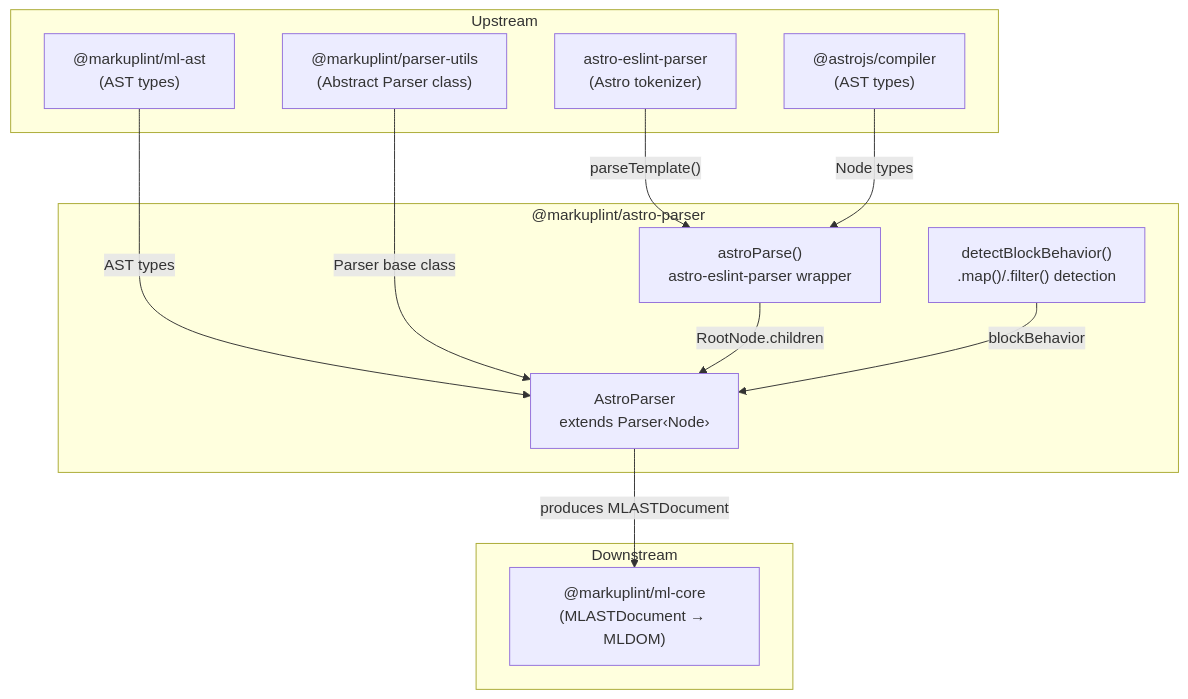
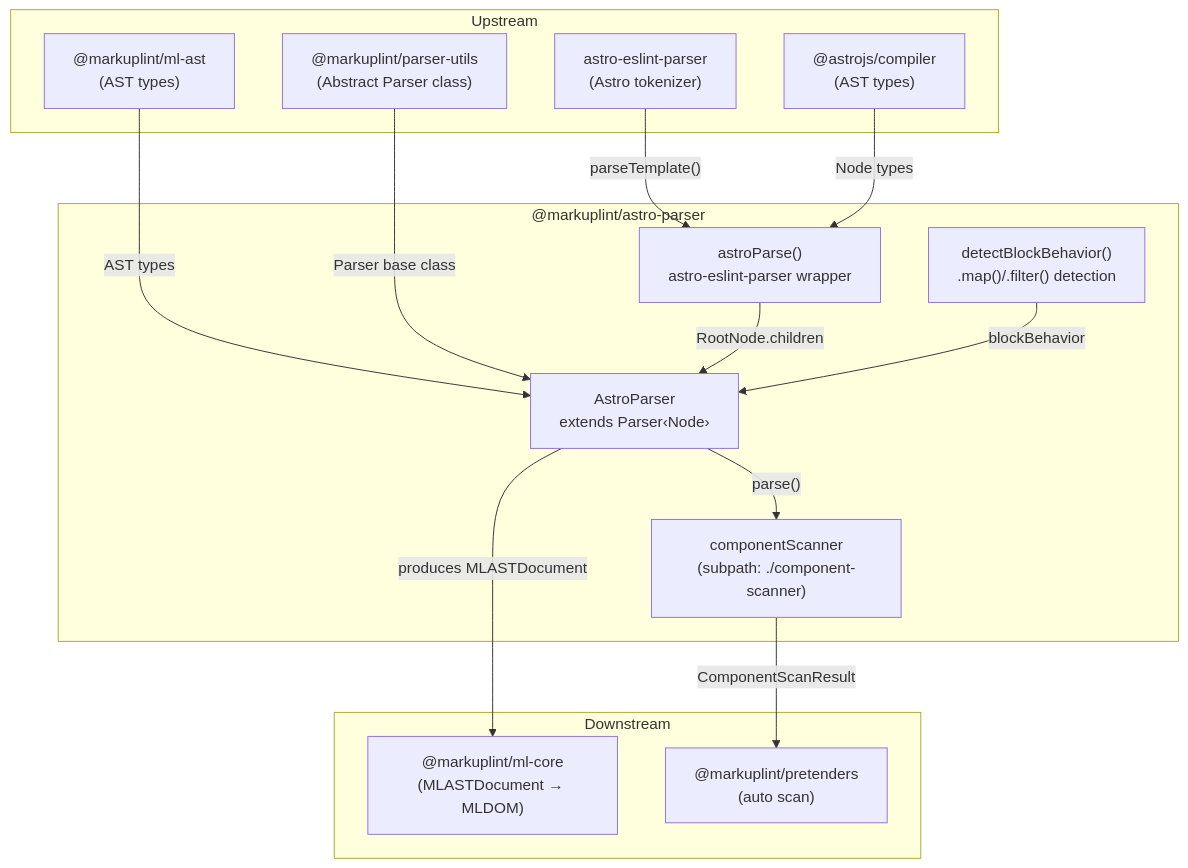
Before and after one commit to markuplint/markuplint: the diagram in packages/@markuplint/astro-parser/ARCHITECTURE.md, drawn with Mermaid. The commit also changed other lines of this file and 5 other files, not shown here.

First line of the commit message:
docs: add component-scanner to parser ARCHITECTURE.md files

````diff
--- a/packages/@markuplint/astro-parser/ARCHITECTURE.md
+++ b/packages/@markuplint/astro-parser/ARCHITECTURE.md
@@ -21,27 +23,31 @@
 ```mermaid
 flowchart TD
     subgraph upstream ["Upstream"]
         mlAst["@markuplint/ml-ast\n(AST types)"]
         parserUtils["@markuplint/parser-utils\n(Abstract Parser class)"]
         astroEslintParser["astro-eslint-parser\n(Astro tokenizer)"]
         astroCompiler["@astrojs/compiler\n(AST types)"]
     end
 
     subgraph pkg ["@markuplint/astro-parser"]
         astroParser["AstroParser\nextends Parser‹Node›"]
         astroParseFn["astroParse()\nastro-eslint-parser wrapper"]
         detectBlock["detectBlockBehavior()\n.map()/.filter() detection"]
+        compScanner["componentScanner\n(subpath: ./component-scanner)"]
     end
 
     subgraph downstream ["Downstream"]
         mlCore["@markuplint/ml-core\n(MLASTDocument → MLDOM)"]
+        pretenders["@markuplint/pretenders\n(auto scan)"]
     end
 
     mlAst -->|"AST types"| astroParser
     parserUtils -->|"Parser base class"| astroParser
     astroEslintParser -->|"parseTemplate()"| astroParseFn
     astroCompiler -->|"Node types"| astroParseFn
     astroParseFn -->|"RootNode.children"| astroParser
     detectBlock -->|"blockBehavior"| astroParser
     astroParser -->|"produces MLASTDocument"| mlCore
+    astroParser -->|"parse()"| compScanner
+    compScanner -->|"ComponentScanResult"| pretenders
 ```
````
